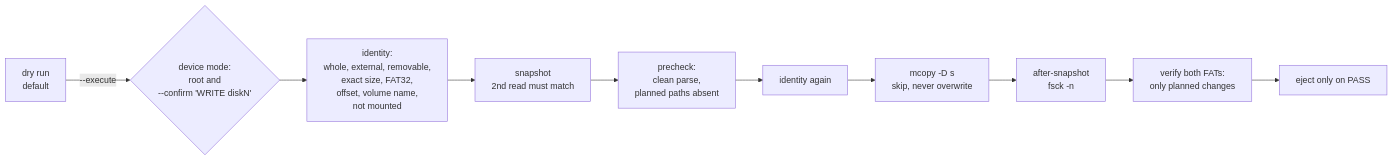
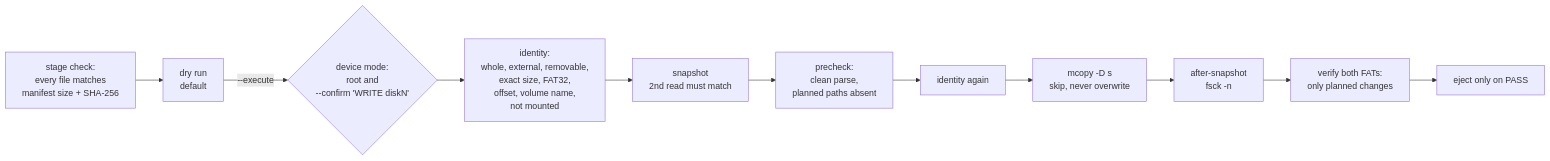
Before and after one commit to nicoladelbene/xteink-x3-recovery-toolkit: the second of 2 diagrams in README.md, drawn with Mermaid. The commit also changed other lines of this file and 20 other files, not shown here.

First line of the commit message:
Audit release 1.1.0: fix parser crashes, device-write path, partial writes

````diff
--- a/README.md
+++ b/README.md
@@ -226,12 +210,13 @@
 ```mermaid
 flowchart LR
-    A[dry run<br/>default] -->|--execute| B{device mode:<br/>root and<br/>--confirm 'WRITE diskN'}
+    S[stage check:<br/>every file matches<br/>manifest size + SHA-256] --> A[dry run<br/>default]
+    A -->|--execute| B{device mode:<br/>root and<br/>--confirm 'WRITE diskN'}
     B --> C[identity:<br/>whole, external, removable,<br/>exact size, FAT32,<br/>offset, volume name,<br/>not mounted]
     C --> D[snapshot<br/>2nd read must match]
     D --> E[precheck:<br/>clean parse,<br/>planned paths absent]
     E --> F[identity again]
     F --> G[mcopy -D s<br/>skip, never overwrite]
     G --> H[after-snapshot<br/>fsck -n]
     H --> I[verify both FATs:<br/>only planned changes]
     I --> J[eject only on PASS]
 ```
````
